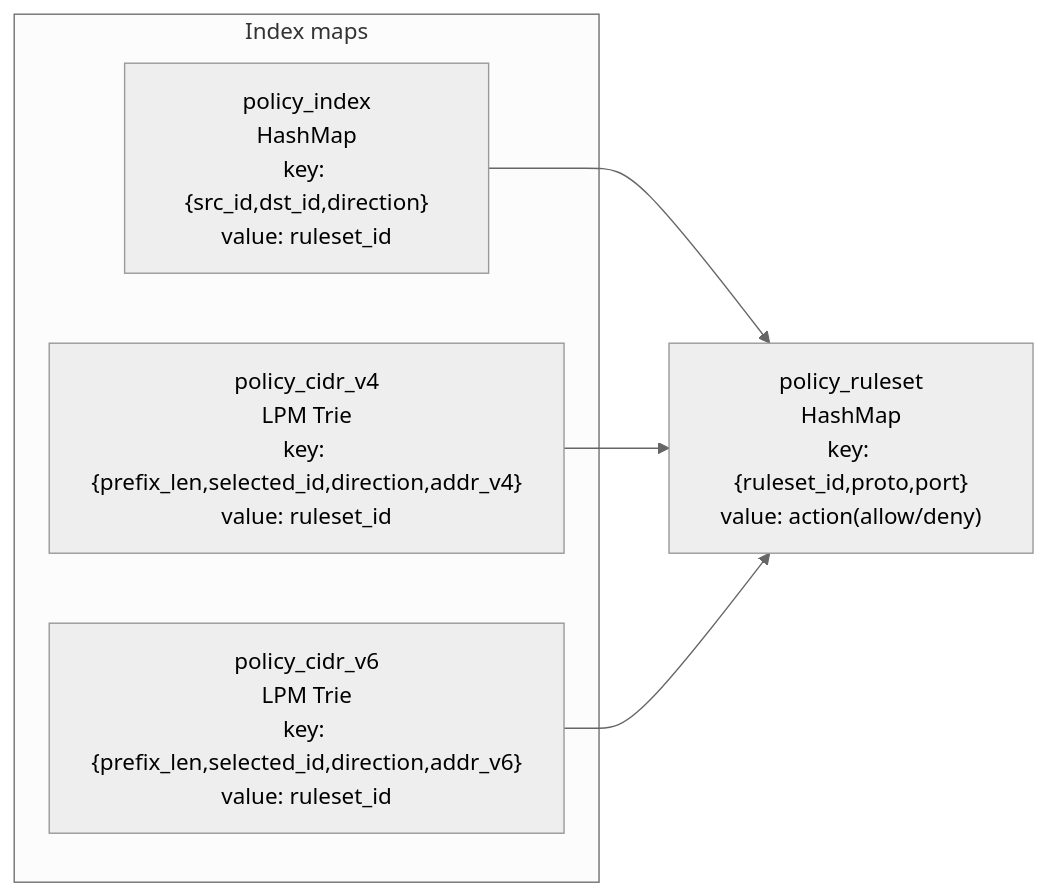
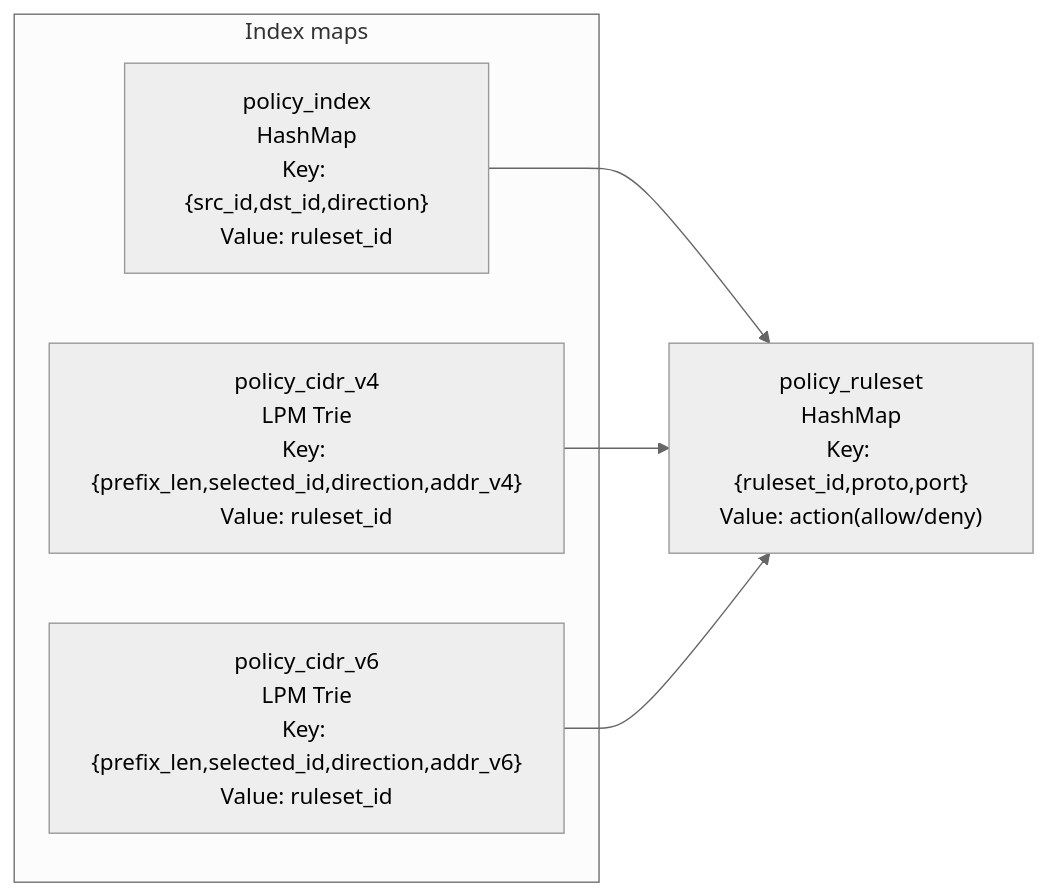
Before and after one commit to rcanderson23/mesh-cni: the second of 2 diagrams in mesh-cni-policy-controller/README.md, drawn with Mermaid (neutral theme). The commit also changed other lines of this file, not shown here.

````diff
--- a/mesh-cni-policy-controller/README.md
+++ b/mesh-cni-policy-controller/README.md
@@ -21,14 +21,14 @@
 ```mermaid
 flowchart LR
   subgraph IndexMaps["Index maps"]
-    PI["policy_index\nHashMap\nkey: {src_id,dst_id,direction}\nvalue: ruleset_id"]
-    PC4["policy_cidr_v4\nLPM Trie\nkey: {prefix_len,selected_id,direction,addr_v4}\nvalue: ruleset_id"]
-    PC6["policy_cidr_v6\nLPM Trie\nkey: {prefix_len,selected_id,direction,addr_v6}\nvalue: ruleset_id"]
+    POLICYINDEX["policy_index<br>HashMap<br>Key: {src_id,dst_id,direction}<br>Value: ruleset_id"]
+    CIDR4["policy_cidr_v4<br>LPM Trie<br>Key: {prefix_len,selected_id,direction,addr_v4}<br>Value: ruleset_id"]
+    CIDR6["policy_cidr_v6<br>LPM Trie<br>Key: {prefix_len,selected_id,direction,addr_v6}<br>Value: ruleset_id"]
   end
 
-  PR["policy_ruleset\nHashMap\nkey: {ruleset_id,proto,port}\nvalue: action(allow/deny)"]
+  RULESET["policy_ruleset<br>HashMap<br>Key: {ruleset_id,proto,port}<br>Value: action(allow/deny)"]
 
-  PI --> PR
-  PC4 --> PR
-  PC6 --> PR
+  POLICYINDEX --> RULESET
+  CIDR4 --> RULESET
+  CIDR6 --> RULESET
 ```
````
